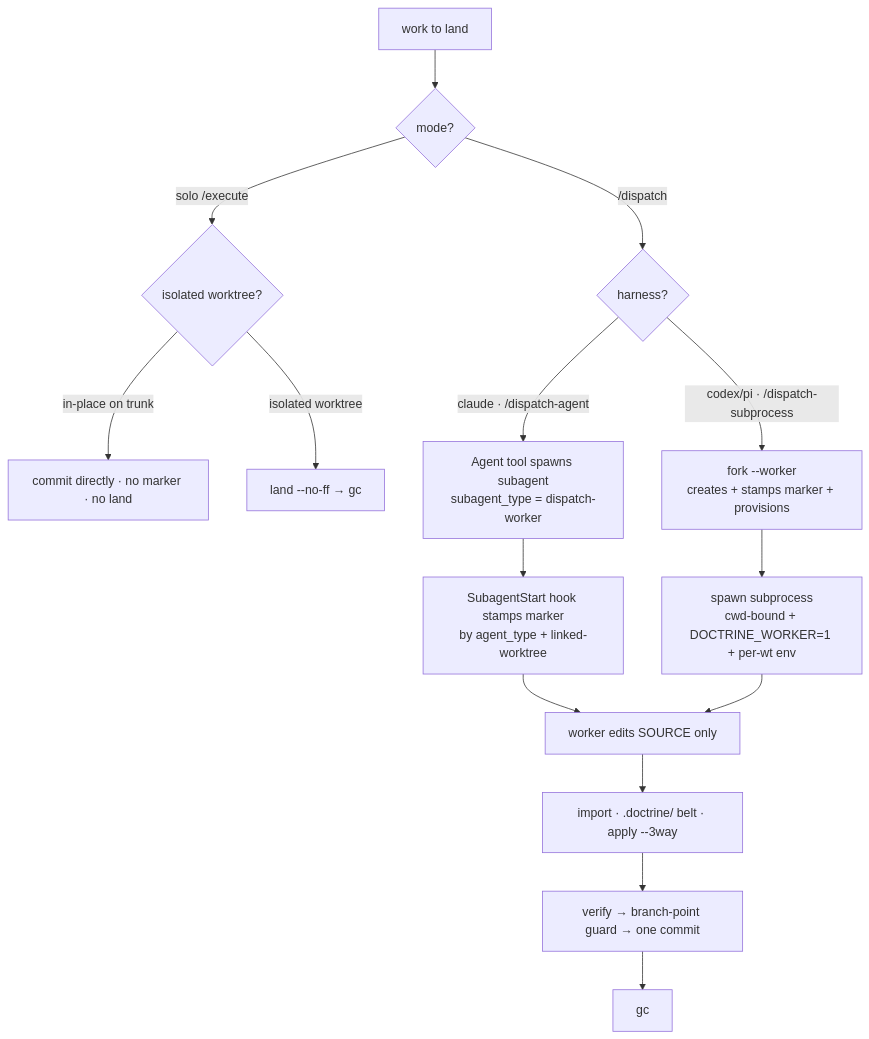
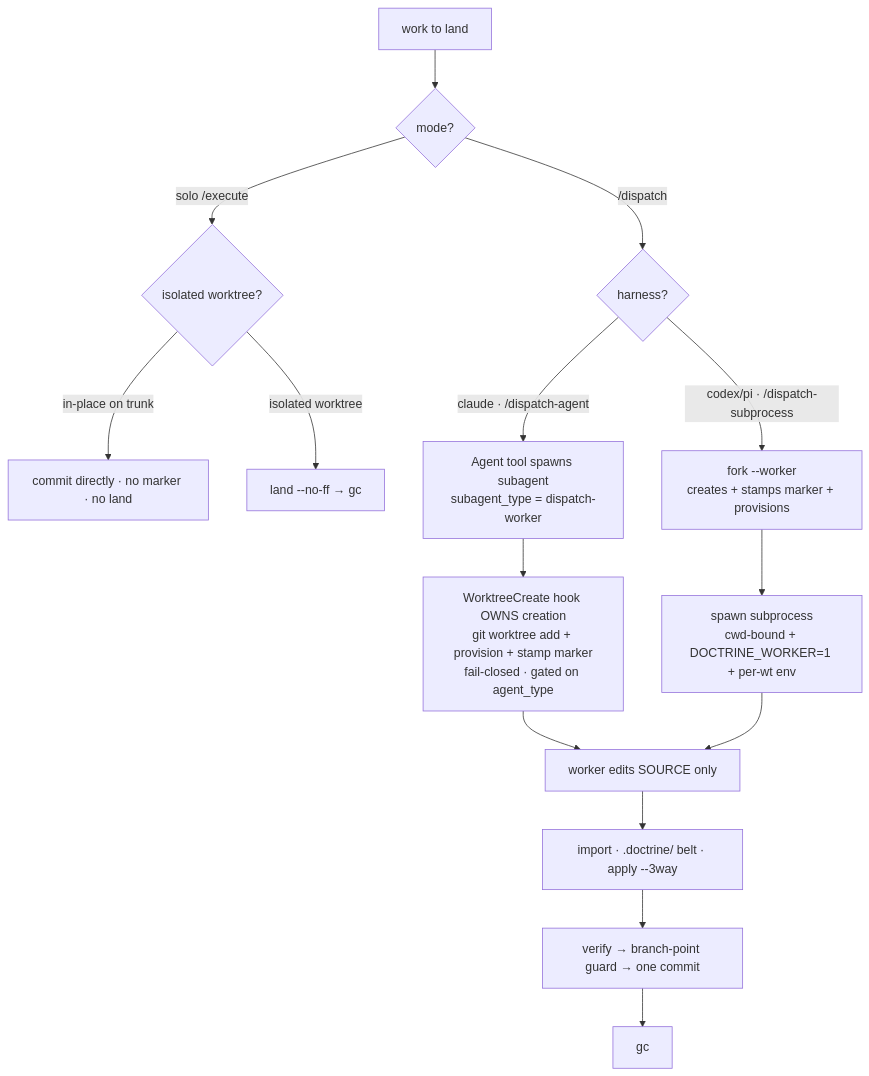
The diagram in .doctrine/slice/056/design.md (davidlee/doctrine), drawn with Mermaid before and after one commit. The commit also changed other lines of this file and 4 other files, not shown here.

````diff
--- a/.doctrine/slice/056/design.md
+++ b/.doctrine/slice/056/design.md
@@ -25,16 +25,16 @@
 ```mermaid
 flowchart TD
     A[work to land] --> B{mode?}
     B -->|solo /execute| C{isolated worktree?}
     C -->|in-place on trunk| C1[commit directly · no marker · no land]
     C -->|isolated worktree| C2[land --no-ff → gc]
     B -->|/dispatch| D{harness?}
     D -->|claude · /dispatch-agent| E[Agent tool spawns subagent\nsubagent_type = dispatch-worker]
-    E --> E1[SubagentStart hook stamps marker\nby agent_type + linked-worktree]
+    E --> E1[WorktreeCreate hook OWNS creation\ngit worktree add + provision + stamp marker\nfail-closed · gated on agent_type]
     E1 --> F
     D -->|codex/pi · /dispatch-subprocess| G[fork --worker\ncreates + stamps marker + provisions]
     G --> G1[spawn subprocess\ncwd-bound + DOCTRINE_WORKER=1 + per-wt env]
     G1 --> F
     F[worker edits SOURCE only] --> H[import · .doctrine/ belt · apply --3way]
     H --> I[verify → branch-point guard → one commit] --> J[gc]
 ```
````
